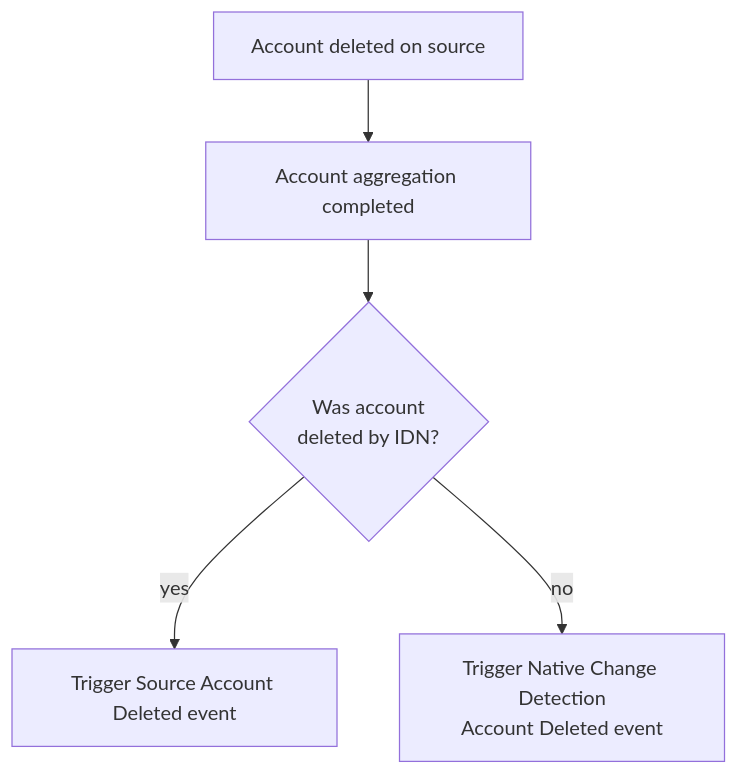
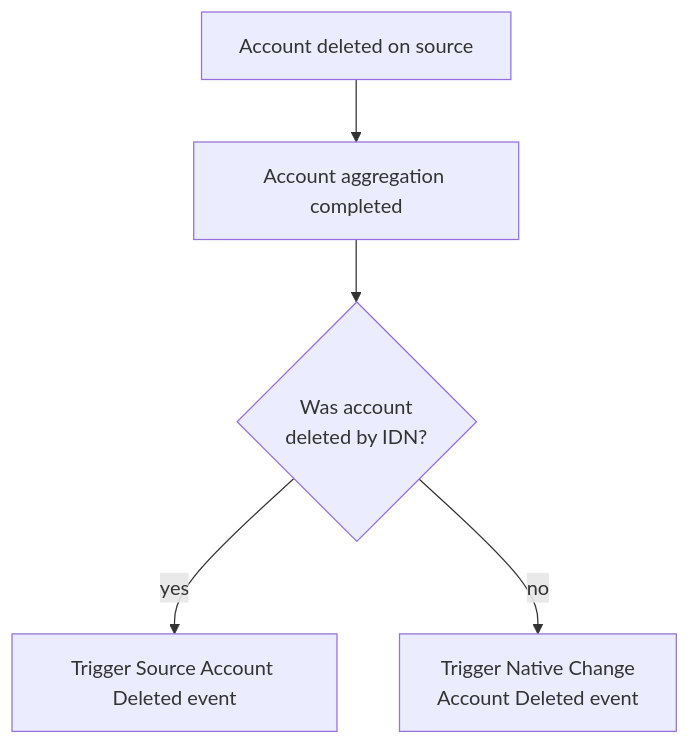
One commit to sailpoint-oss/developer.sailpoint.com changed the diagram in products/idn/docs/identity-now/event-triggers/available/native-change-detection-account-deleted.md. Above: the diagram before and after it, drawn with Mermaid. The commit also changed other lines of this file and 2 other files, not shown here.

````diff
--- a/products/idn/docs/identity-now/event-triggers/available/native-change-detection-account-deleted.md
+++ b/products/idn/docs/identity-now/event-triggers/available/native-change-detection-account-deleted.md
@@ -28,7 +32,7 @@
 ```mermaid
 flowchart TD
     A[Account deleted on source] --> B
     B[Account aggregation completed] --> C{Was account\ndeleted by IDN?}
     C -->|yes| D[Trigger Source Account Deleted event]
-    C -->|no| E[Trigger Native Change Detection\nAccount Deleted event]
+    C -->|no| E[Trigger Native Change\nAccount Deleted event]
 ```
````
